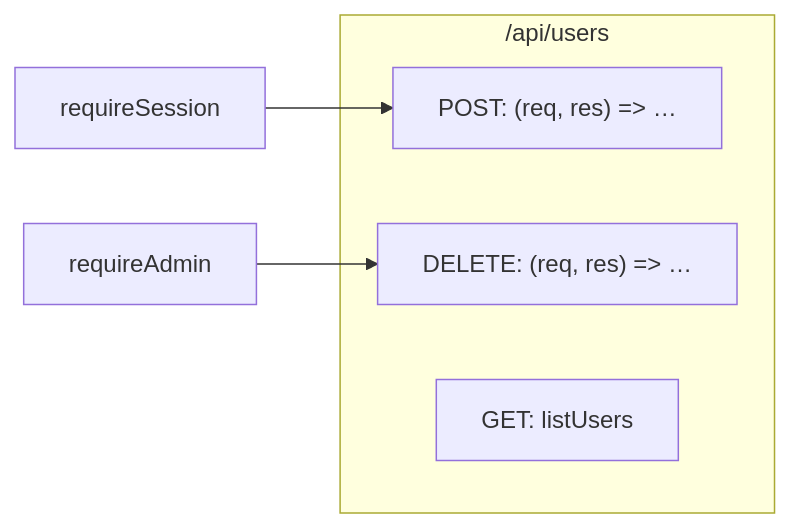
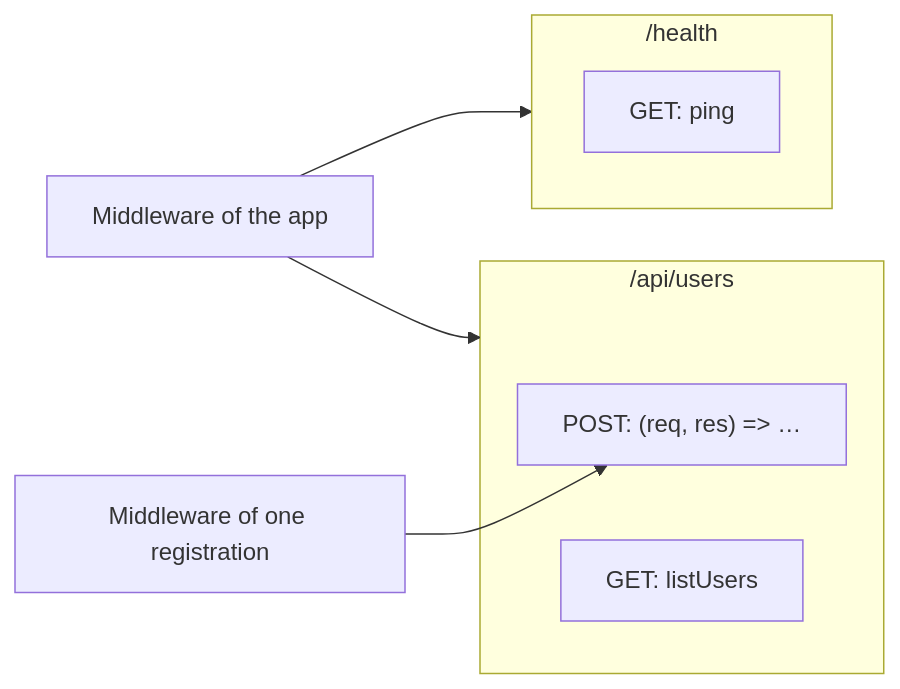
Before and after one commit to kidlat-dakila/flight-plan: the first of 2 diagrams in docs/vocabulary/journey-flow-diagram/route-card.md, drawn with Mermaid. The commit also changed other lines of this file and 54 other files, not shown here.

Commit message:
feat: draw each kind of code as its own Journey Flow card, and place routes below their mounts across files

````diff
--- a/docs/vocabulary/journey-flow-diagram/route-card.md
+++ b/docs/vocabulary/journey-flow-diagram/route-card.md
@@ -105,10 +74,13 @@
 ```mermaid
 flowchart LR
-  session["requireSession"] --> post
-  admin["requireAdmin"] --> del
+  session["Middleware of the app"] --> users
+  session --> health
+  admin["Middleware of one registration"] --> post
   subgraph users["/api/users"]
     post["POST: (req, res) => …"]
     get["GET: listUsers"]
-    del["DELETE: (req, res) => …"]
+  end
+  subgraph health["/health"]
+    ping["GET: ping"]
   end
 ```
````
